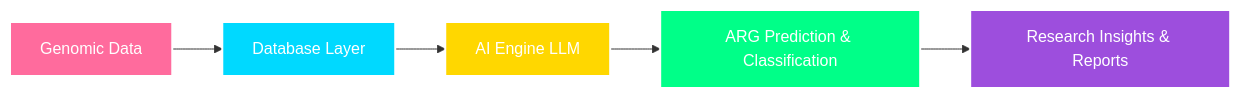
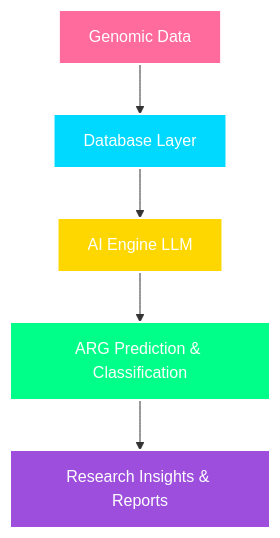
One commit to Genomic-AI-Research-Lab-GARL/.github changed the first of 2 diagrams in profile/README.md. Above: the diagram before and after it, drawn with Mermaid.

Commit message:
Change graph direction from LR to TD in README

````diff
--- a/profile/README.md
+++ b/profile/README.md
@@ -22,12 +22,12 @@
 ```mermaid
-graph LR
+graph TD
     A[Genomic Data] --> B[Database Layer]
     B --> C[AI Engine LLM]
     C --> D[ARG Prediction & Classification]
     D --> E[Research Insights & Reports]
     style A fill:#FF6B9D,stroke:#fff,stroke-width:2px,color:#fff
     style B fill:#00D9FF,stroke:#fff,stroke-width:2px,color:#fff
     style C fill:#FFD700,stroke:#fff,stroke-width:2px,color:#fff
     style D fill:#00FF88,stroke:#fff,stroke-width:2px,color:#fff
     style E fill:#9D4EDD,stroke:#fff,stroke-width:2px,color:#fff
 ```
````
